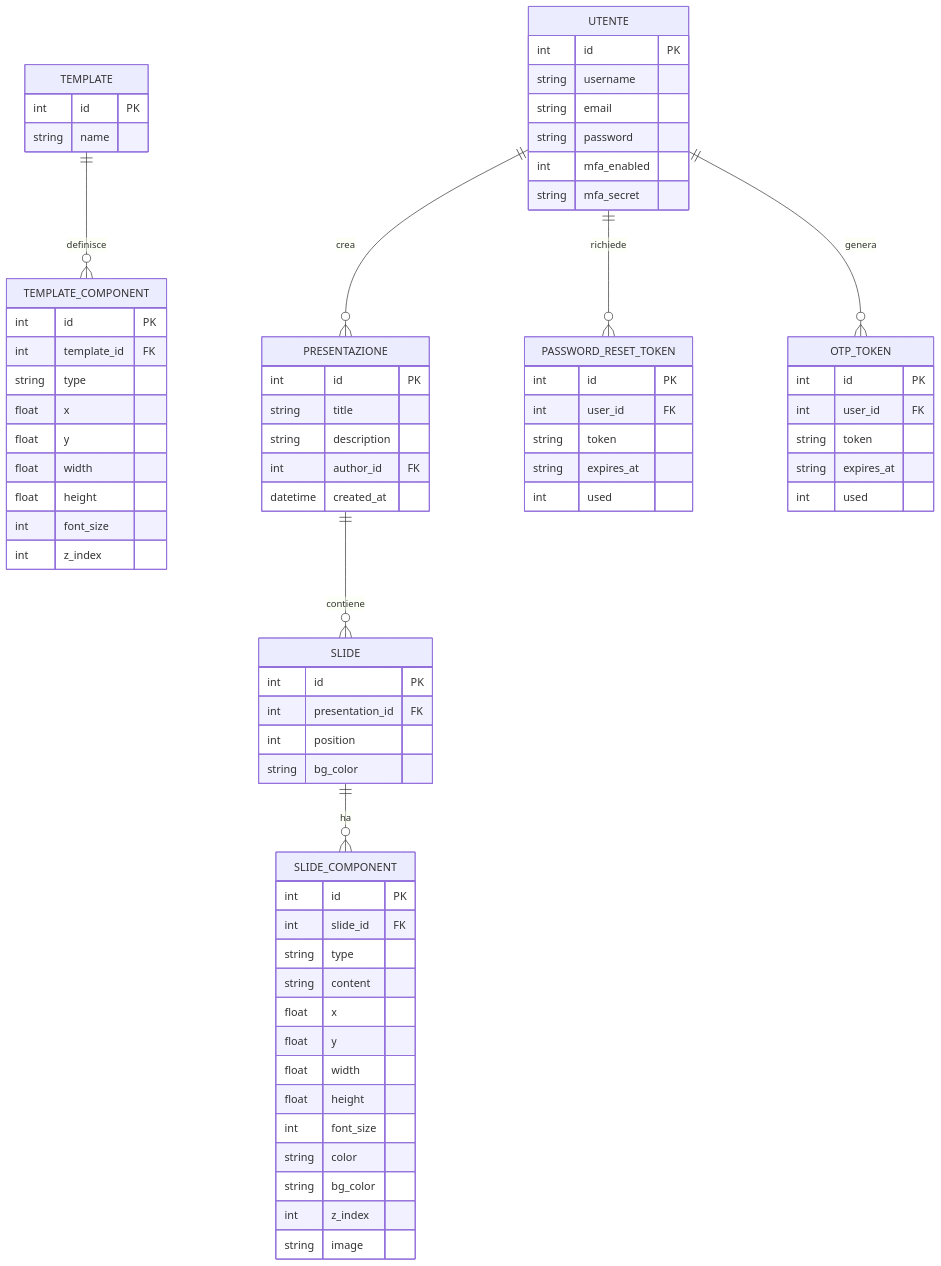
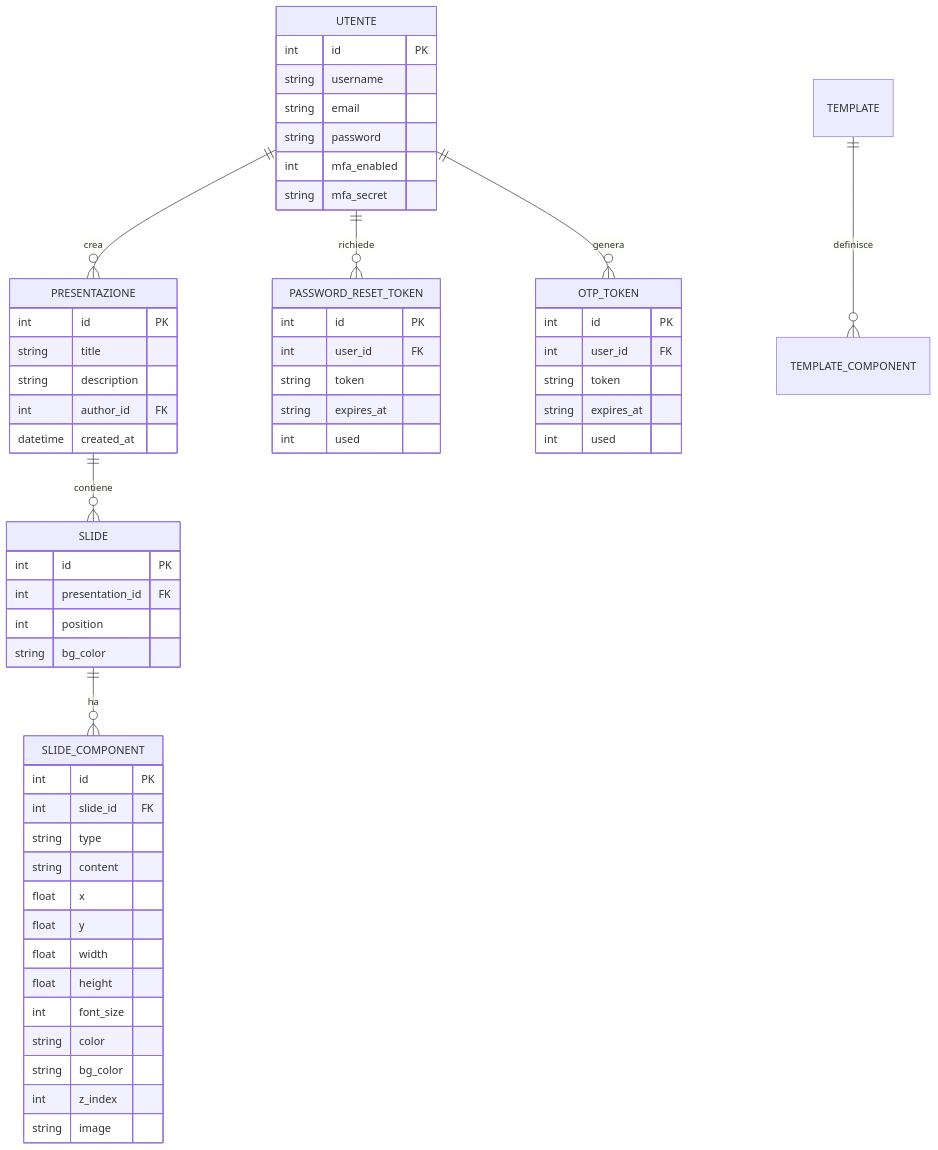
The first of 3 diagrams in Documento_Requisiti_SlidesApp.md (CristianMonticelli/Progetto_Maturita), drawn with Mermaid before and after one commit.

````diff
--- a/Documento_Requisiti_SlidesApp.md
+++ b/Documento_Requisiti_SlidesApp.md
@@ -120,75 +120,60 @@
 ```mermaid
 erDiagram
     UTENTE {
         int id PK
         string username
         string email
         string password
         int mfa_enabled
         string mfa_secret
     }
     PRESENTAZIONE {
         int id PK
         string title
         string description
         int author_id FK
         datetime created_at
     }
     SLIDE {
         int id PK
         int presentation_id FK
         int position
         string bg_color
     }
     SLIDE_COMPONENT {
         int id PK
         int slide_id FK
         string type
         string content
         float x
         float y
         float width
         float height
         int font_size
         string color
         string bg_color
         int z_index
         string image
     }
-    TEMPLATE {
-        int id PK
-        string name
-    }
-    TEMPLATE_COMPONENT {
-        int id PK
-        int template_id FK
-        string type
-        float x
-        float y
-        float width
-        float height
-        int font_size
-        int z_index
-    }
     PASSWORD_RESET_TOKEN {
         int id PK
         int user_id FK
         string token
         string expires_at
         int used
     }
     OTP_TOKEN {
         int id PK
         int user_id FK
         string token
         string expires_at
         int used
     }
 
     UTENTE ||--o{ PRESENTAZIONE : crea
     PRESENTAZIONE ||--o{ SLIDE : contiene
     SLIDE ||--o{ SLIDE_COMPONENT : ha
     TEMPLATE ||--o{ TEMPLATE_COMPONENT : definisce
     UTENTE ||--o{ PASSWORD_RESET_TOKEN : richiede
     UTENTE ||--o{ OTP_TOKEN : genera
 ```
````
